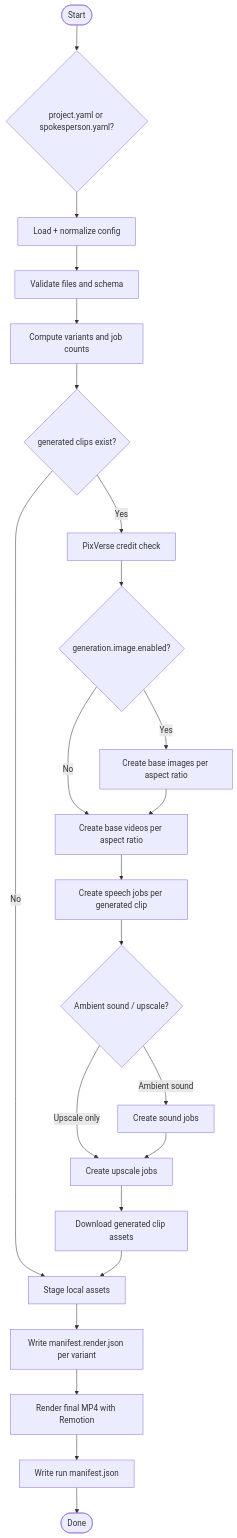
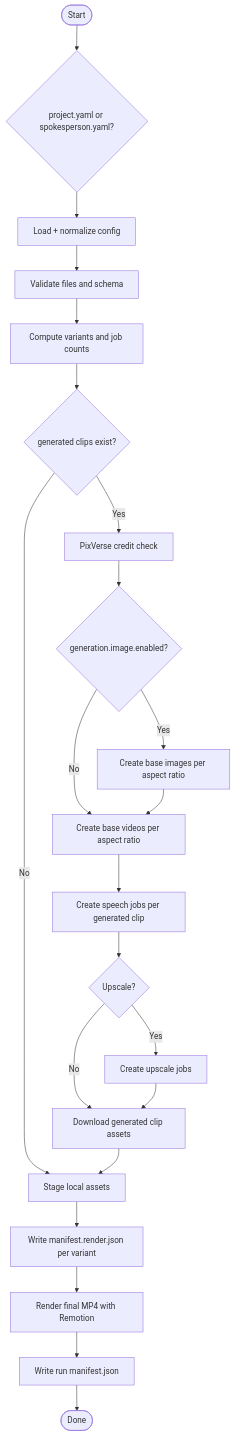
One commit to Takamasa045/pixverse-character-pipeline changed the diagram in references/pipeline-diagram.md. Above: the diagram before and after it, drawn with Mermaid. The commit also changed other lines of this file and 32 other files, not shown here.

````diff
--- a/references/pipeline-diagram.md
+++ b/references/pipeline-diagram.md
@@ -5,25 +5,24 @@
 ```mermaid
 flowchart TD
     Start([Start]) --> InputCheck{"project.yaml or spokesperson.yaml?"}
     InputCheck --> Normalize[Load + normalize config]
     Normalize --> Validate[Validate files and schema]
     Validate --> Plan[Compute variants and job counts]
     Plan --> Credit{"generated clips exist?"}
     Credit -->|No| Stage[Stage local assets]
     Credit -->|Yes| CreditCheck[PixVerse credit check]
     CreditCheck --> BaseImage{"generation.image.enabled?"}
     BaseImage -->|Yes| CreateImage[Create base images per aspect ratio]
     BaseImage -->|No| Base[Create base videos per aspect ratio]
     CreateImage --> Base
     Base --> Speech[Create speech jobs per generated clip]
-    Speech --> Post{Ambient sound / upscale?}
-    Post -->|Ambient sound| Sound[Create sound jobs]
-    Post -->|Upscale only| Upscale[Create upscale jobs]
-    Sound --> Upscale
+    Speech --> Post{Upscale?}
+    Post -->|Yes| Upscale[Create upscale jobs]
+    Post -->|No| Download[Download generated clip assets]
     Upscale --> Download[Download generated clip assets]
     Download --> Stage
     Stage --> RenderManifest[Write manifest.render.json per variant]
     RenderManifest --> Render[Render final MP4 with Remotion]
     Render --> RunManifest[Write run manifest.json]
     RunManifest --> Done([Done])
 ```
````
